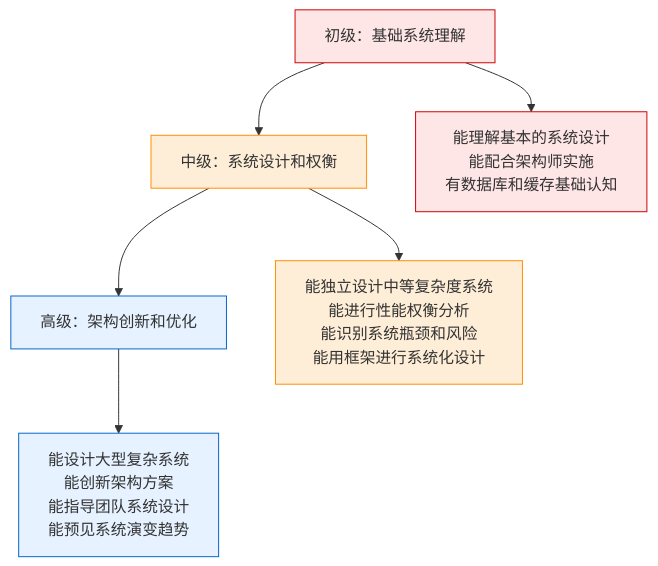
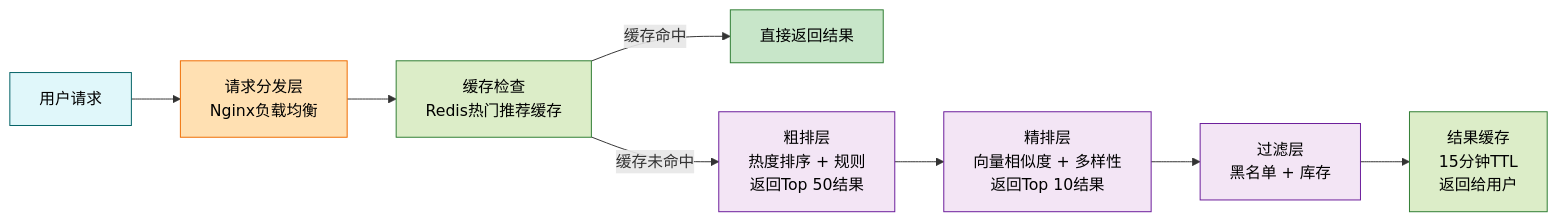
The ninth of 10 diagrams in start-here/AI-Era-Programmers-as-System-Design-Engineers.md (microwind/algorithms), drawn with Mermaid before and after one commit. The commit also changed other lines of this file and 4 other files, not shown here.

````diff
--- a/start-here/AI-Era-Programmers-as-System-Design-Engineers.md
+++ b/start-here/AI-Era-Programmers-as-System-Design-Engineers.md
@@ -1166,20 +1001,18 @@
 ```mermaid
-graph TD
-    A[初级：基础系统理解] --> B[中级：系统设计和权衡]
-    B --> C[高级：架构创新和优化]
+graph LR
+    A[用户请求]:::user --> B[请求分发层<br/>Nginx负载均衡]:::dispatch
+    B --> C[缓存检查<br/>Redis热门推荐缓存]:::cache
+    
+    C -->|缓存命中| D[直接返回结果]:::cache_hit
+    C -->|缓存未命中| E[粗排层<br/>热度排序 + 规则<br/>返回Top 50结果]:::compute
+    
+    E --> F[精排层<br/>向量相似度 + 多样性<br/>返回Top 10结果]:::compute
+    F --> G[过滤层<br/>黑名单 + 库存]:::compute
+    G --> H[结果缓存<br/>15分钟TTL<br/>返回给用户]:::cache
 
-    A --> A1["能理解基本的系统设计<br/>能配合架构师实施<br/>有数据库和缓存基础认知"]
-
-    B --> B1["能独立设计中等复杂度系统<br/>能进行性能权衡分析<br/>能识别系统瓶颈和风险<br/>能用框架进行系统化设计"]
-
-    C --> C1["能设计大型复杂系统<br/>能创新架构方案<br/>能指导团队系统设计<br/>能预见系统演变趋势"]
-
-    %% 颜色定义
-    classDef level1 fill:#FFE6E6,stroke:#CC0000,stroke-width:1px;
-    classDef level2 fill:#FFEED7,stroke:#FF8C00,stroke-width:1px;
-    classDef level3 fill:#E6F2FF,stroke:#0066CC,stroke-width:1px;
-
-    class A,A1 level1;
-    class B,B1 level2;
-    class C,C1 level3;
+    classDef user fill:#e0f7fa,stroke:#006064,color:#000;
+    classDef dispatch fill:#ffe0b2,stroke:#ef6c00,color:#000;
+    classDef cache fill:#dcedc8,stroke:#2e7d32,color:#000;
+    classDef cache_hit fill:#c8e6c9,stroke:#2e7d32,color:#000;
+    classDef compute fill:#f3e5f5,stroke:#6a1b9a,color:#000;
 ```
````
